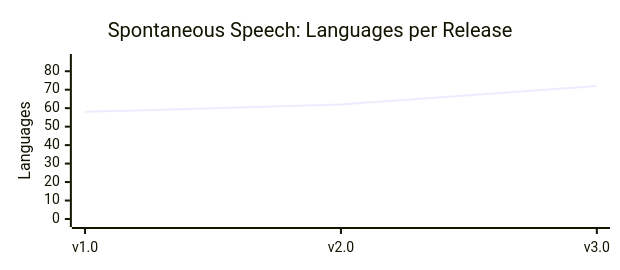
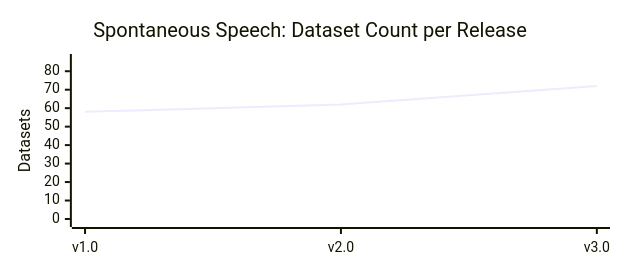
The third of 3 diagrams in datasets/spontaneous-speech/README.md (common-voice/cv-dataset), drawn with Mermaid before and after one commit. The commit also changed other lines of this file, not shown here.

````diff
--- a/datasets/spontaneous-speech/README.md
+++ b/datasets/spontaneous-speech/README.md
@@ -46,13 +46,13 @@
 ```mermaid
 ---
 config:
     xyChart:
         width: 600
         height: 250
 ---
 xychart-beta
-    title "Spontaneous Speech: Languages per Release"
+    title "Spontaneous Speech: Dataset Count per Release"
     x-axis ["v1.0","v2.0","v3.0"]
-    y-axis "Languages" 0 --> 85
+    y-axis "Datasets" 0 --> 85
     line [58,62,72]
 ```
````
